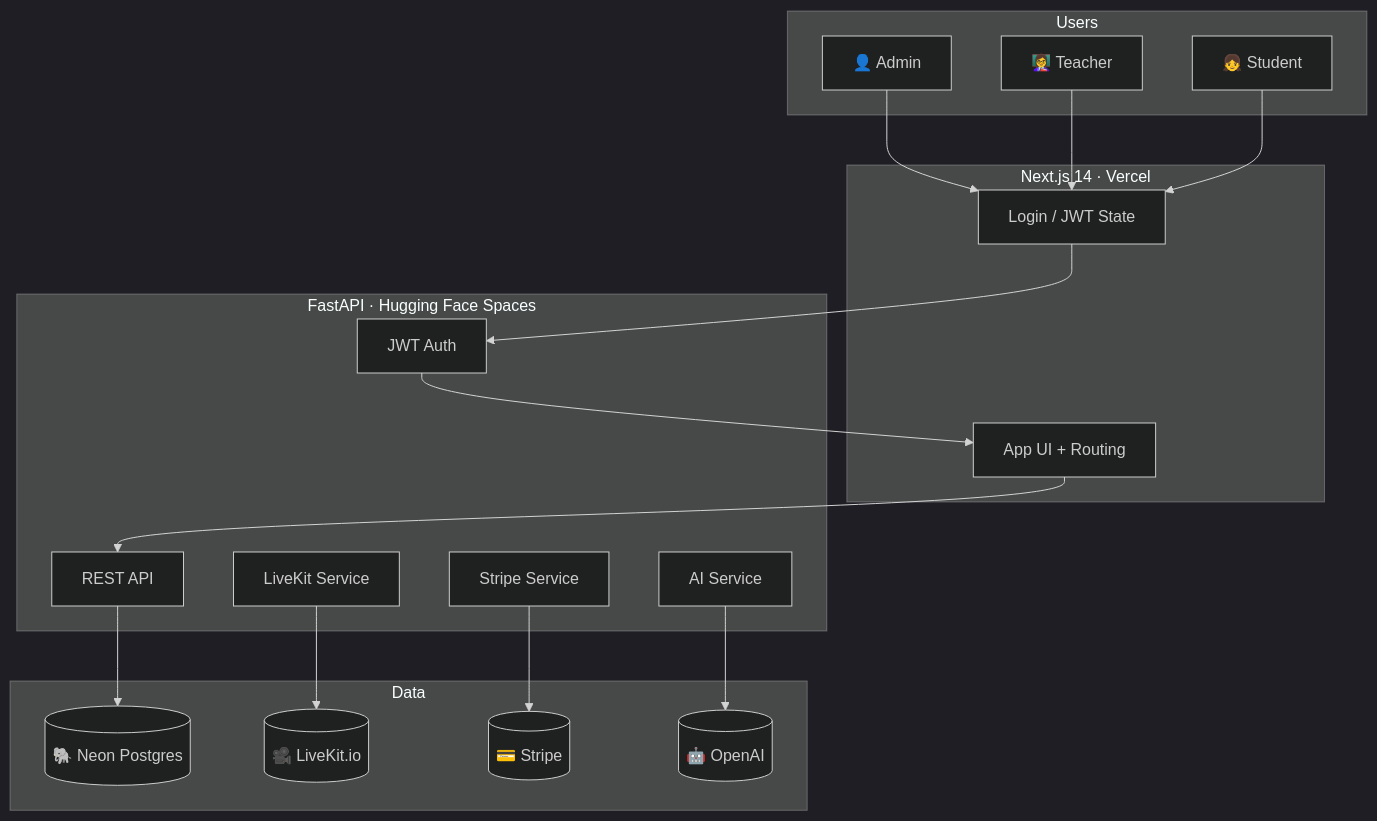
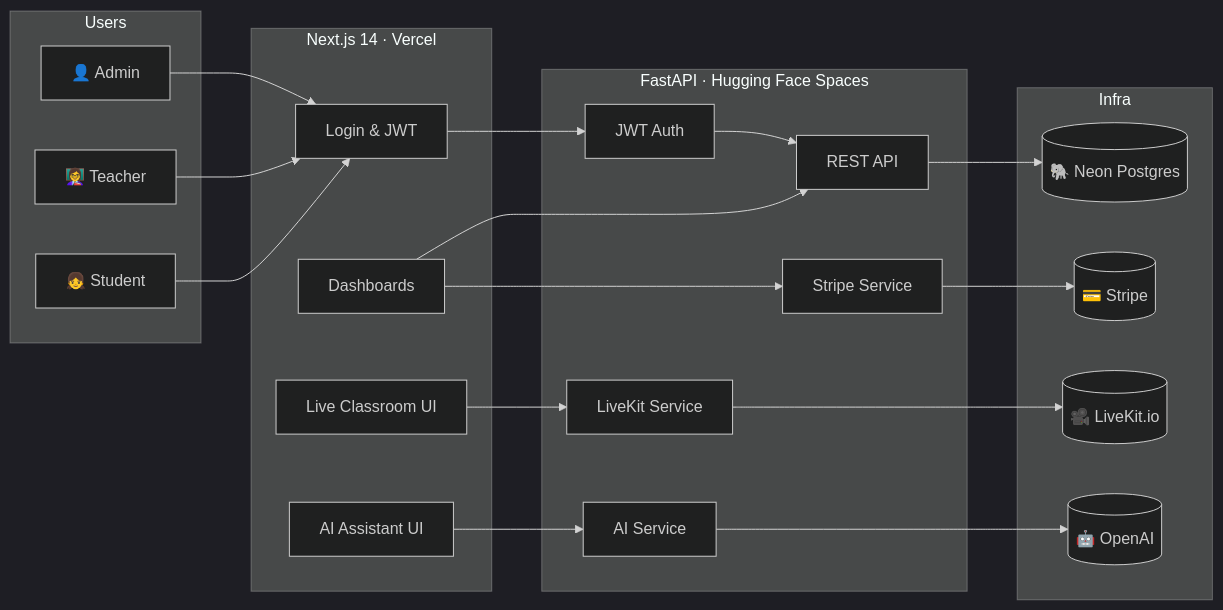
One commit to zohair-azmat-ai/we-are-kids-lms-live changed the diagram in README.md. Above: the diagram before and after it, drawn with Mermaid (dark theme). The commit also changed other lines of this file, not shown here.

````diff
--- a/README.md
+++ b/README.md
@@ -145,35 +169,37 @@
 ```mermaid
-flowchart TD
+flowchart LR
     subgraph Users
         A["👤 Admin"]
         T["👩‍🏫 Teacher"]
         S["👧 Student"]
     end
 
-    subgraph Frontend["Next.js 14 · Vercel"]
-        UI["App UI + Routing"]
-        AUTH_UI["Login / JWT State"]
+    subgraph FE["Next.js 14 · Vercel"]
+        LOGIN["Login & JWT"]
+        DASH["Dashboards"]
+        LIVE["Live Classroom UI"]
+        AI_UI["AI Assistant UI"]
     end
 
-    subgraph Backend["FastAPI · Hugging Face Spaces"]
+    subgraph BE["FastAPI · Hugging Face Spaces"]
+        JWT["JWT Auth"]
         API["REST API"]
-        JWT["JWT Auth"]
-        LK["LiveKit Service"]
-        STR["Stripe Service"]
-        AI["AI Service"]
+        LK_SVC["LiveKit Service"]
+        STR_SVC["Stripe Service"]
+        AI_SVC["AI Service"]
     end
 
-    subgraph Data
+    subgraph Infra
         DB[("🐘 Neon Postgres")]
-        LK_IO[("🎥 LiveKit.io")]
-        STRIPE_IO[("💳 Stripe")]
-        OPENAI_IO[("🤖 OpenAI")]
+        LK[("🎥 LiveKit.io")]
+        STRIPE[("💳 Stripe")]
+        OPENAI[("🤖 OpenAI")]
     end
 
-    A & T & S --> AUTH_UI --> JWT
-    JWT --> UI --> API
+    A & T & S --> LOGIN --> JWT --> API
     API --> DB
-    LK --> LK_IO
-    STR --> STRIPE_IO
-    AI --> OPENAI_IO
+    DASH --> API
+    LIVE --> LK_SVC --> LK
+    AI_UI --> AI_SVC --> OPENAI
+    DASH --> STR_SVC --> STRIPE
 ```
````
